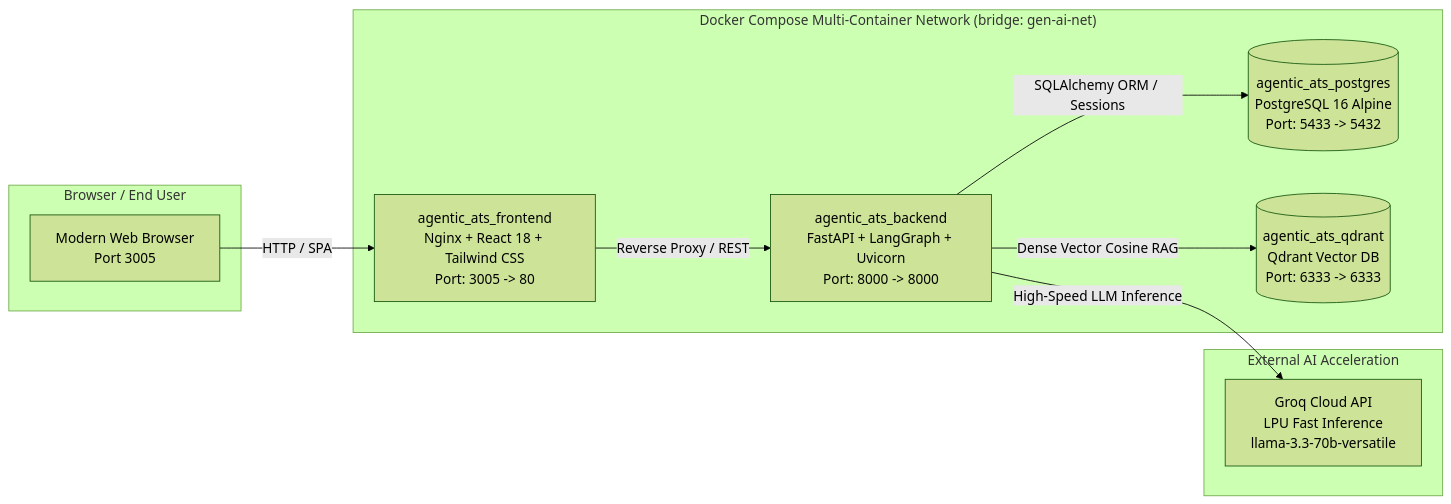
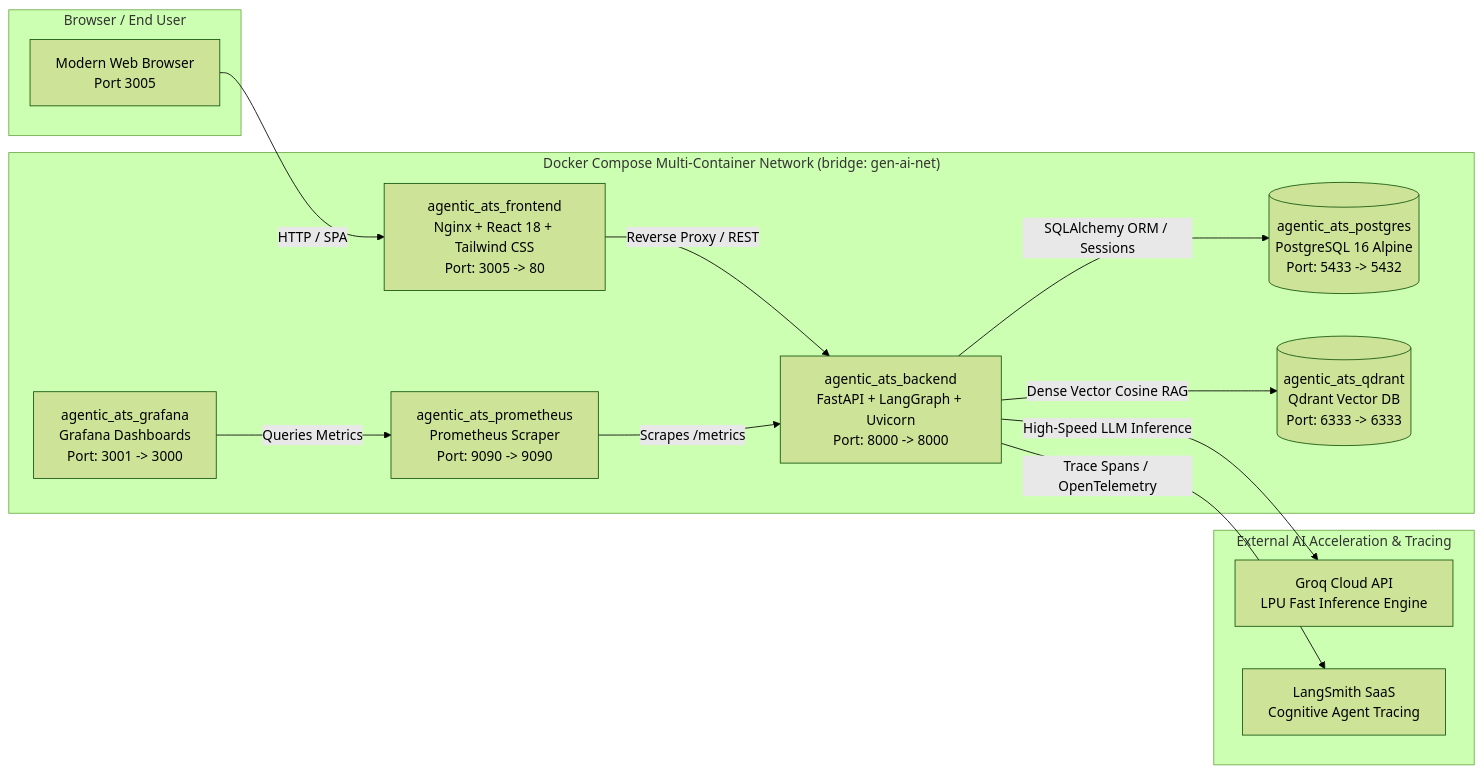
One commit to AliBnh/agentic-ats changed the second of 2 diagrams in README.md. Above: the diagram before and after it, drawn with Mermaid (forest theme). The commit also changed other lines of this file, not shown here.

````diff
--- a/README.md
+++ b/README.md
@@ -137,23 +141,29 @@
 ```mermaid
 graph LR
     subgraph Client ["Browser / End User"]
         Browser[Modern Web Browser<br/>Port 3005]
     end
 
     subgraph DockerHost ["Docker Compose Multi-Container Network (bridge: gen-ai-net)"]
         Frontend[agentic_ats_frontend<br/>Nginx + React 18 + Tailwind CSS<br/>Port: 3005 -> 80]
         Backend[agentic_ats_backend<br/>FastAPI + LangGraph + Uvicorn<br/>Port: 8000 -> 8000]
         Postgres[(agentic_ats_postgres<br/>PostgreSQL 16 Alpine<br/>Port: 5433 -> 5432)]
         Qdrant[(agentic_ats_qdrant<br/>Qdrant Vector DB<br/>Port: 6333 -> 6333)]
+        Prometheus[agentic_ats_prometheus<br/>Prometheus Scraper<br/>Port: 9090 -> 9090]
+        Grafana[agentic_ats_grafana<br/>Grafana Dashboards<br/>Port: 3001 -> 3000]
     end
 
-    subgraph External ["External AI Acceleration"]
-        GroqCloud[Groq Cloud API<br/>LPU Fast Inference<br/>llama-3.3-70b-versatile]
+    subgraph External ["External AI Acceleration & Tracing"]
+        GroqCloud[Groq Cloud API<br/>LPU Fast Inference Engine]
+        LangSmith[LangSmith SaaS<br/>Cognitive Agent Tracing]
     end
 
     Browser -->|HTTP / SPA| Frontend
     Frontend -->|Reverse Proxy / REST| Backend
     Backend -->|SQLAlchemy ORM / Sessions| Postgres
     Backend -->|Dense Vector Cosine RAG| Qdrant
     Backend -->|High-Speed LLM Inference| GroqCloud
+    Backend -->|Trace Spans / OpenTelemetry| LangSmith
+    Prometheus -->|Scrapes /metrics| Backend
+    Grafana -->|Queries Metrics| Prometheus
 ```
````
